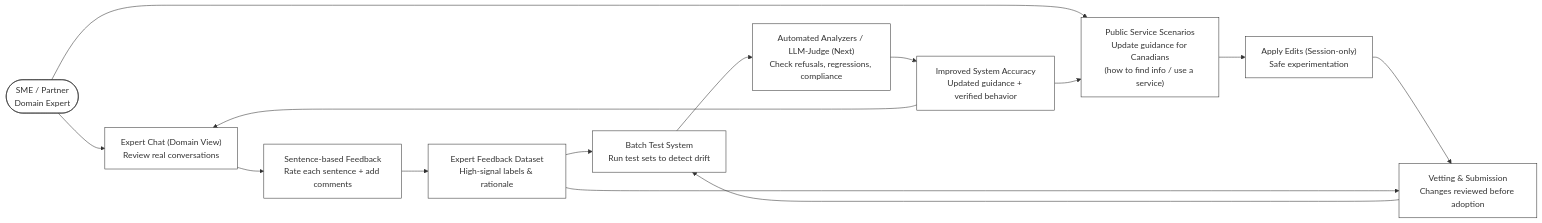
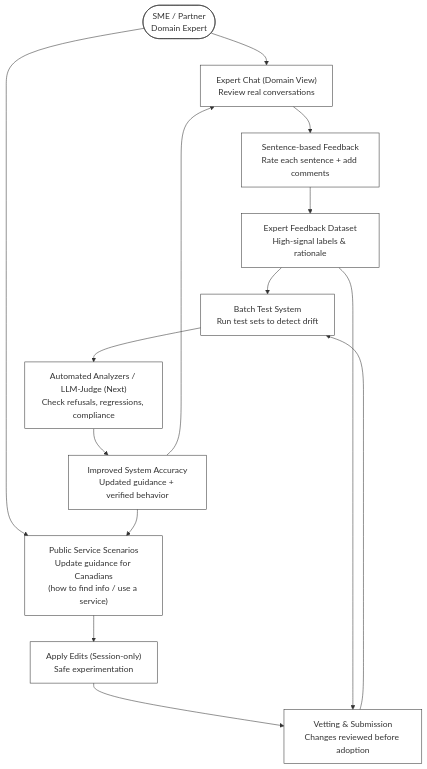
One commit to cds-snc/ai-answers changed the diagram in docs/plans/sme-contribution.md. Above: the diagram before and after it, drawn with Mermaid.

Commit message:
docs: use TD (top-down) layout for better readability

````diff
--- a/docs/plans/sme-contribution.md
+++ b/docs/plans/sme-contribution.md
@@ -3,24 +3,24 @@
 ```mermaid
-flowchart LR
+flowchart TD
   %% Circular SME contribution loop
   SME(["SME / Partner<br/>Domain Expert"])
 
   A["Expert Chat (Domain View)<br/>Review real conversations"]
   B["Sentence-based Feedback<br/>Rate each sentence + add comments"]
   C["Expert Feedback Dataset<br/>High-signal labels & rationale"]
   D["Public Service Scenarios<br/>Update guidance for Canadians<br/>(how to find info / use a service)"]
   E["Apply Edits (Session-only)<br/>Safe experimentation"]
   F["Vetting & Submission<br/>Changes reviewed before adoption"]
   G["Batch Test System<br/>Run test sets to detect drift"]
   H["Automated Analyzers / LLM-Judge (Next)<br/>Check refusals, regressions, compliance"]
   I["Improved System Accuracy<br/>Updated guidance + verified behavior"]
 
   SME --> A --> B --> C --> G --> H --> I --> A
   SME --> D --> E --> F --> G
   C --> F
   I --> D
 
   %% Optional styling (keeps it readable)
   classDef core fill:#fff,stroke:#333,stroke-width:1px;
   class SME,A,B,C,D,E,F,G,H,I core;
 ```
````
